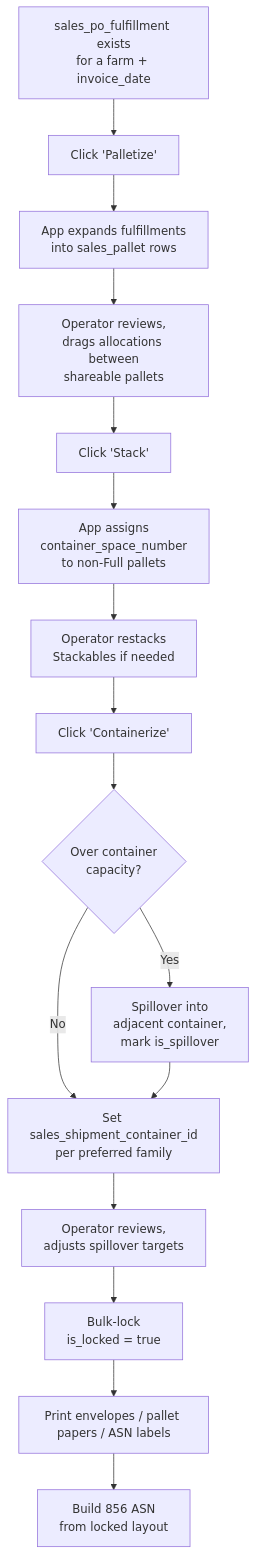
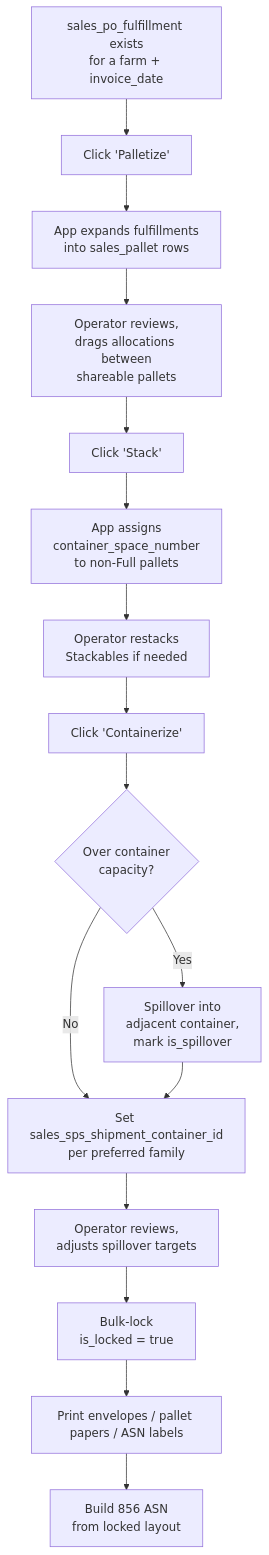
Before and after one commit to Hawaii-Farming/aloha-data-migrations: the diagram in docs/processes/20260408000011_sales_palletization_workflow.md, drawn with Mermaid. The commit also changed other lines of this file and 20 other files, not shown here.

First line of the commit message:
refactor(schema): prefix SPS-only tables with sales_sps_

````diff
--- a/docs/processes/20260408000011_sales_palletization_workflow.md
+++ b/docs/processes/20260408000011_sales_palletization_workflow.md
@@ -132,18 +132,18 @@
 ```mermaid
 flowchart TD
     A[sales_po_fulfillment exists\nfor a farm + invoice_date] --> B[Click 'Palletize']
     B --> C[App expands fulfillments\ninto sales_pallet rows]
     C --> D[Operator reviews,\ndrags allocations between\nshareable pallets]
     D --> E[Click 'Stack']
     E --> F[App assigns\ncontainer_space_number\nto non-Full pallets]
     F --> G[Operator restacks\nStackables if needed]
     G --> H[Click 'Containerize']
     H --> I{Over container\ncapacity?}
-    I -->|No| K[Set sales_shipment_container_id\nper preferred family]
+    I -->|No| K[Set sales_sps_shipment_container_id\nper preferred family]
     I -->|Yes| J[Spillover into\nadjacent container,\nmark is_spillover]
     J --> K
     K --> L[Operator reviews,\nadjusts spillover targets]
     L --> M[Bulk-lock\nis_locked = true]
     M --> N[Print envelopes / pallet papers / ASN labels]
     N --> O[Build 856 ASN\nfrom locked layout]
 ```
````
